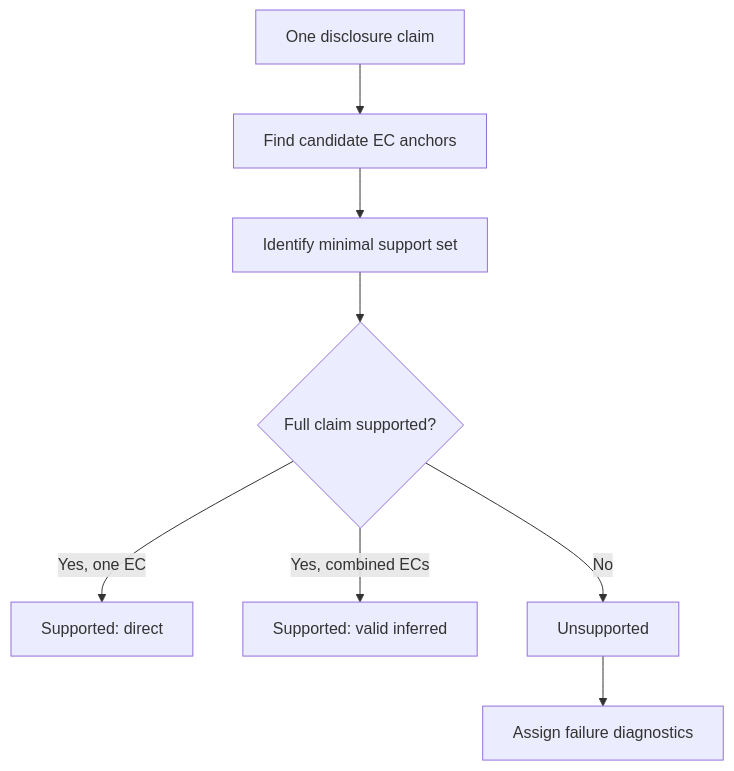
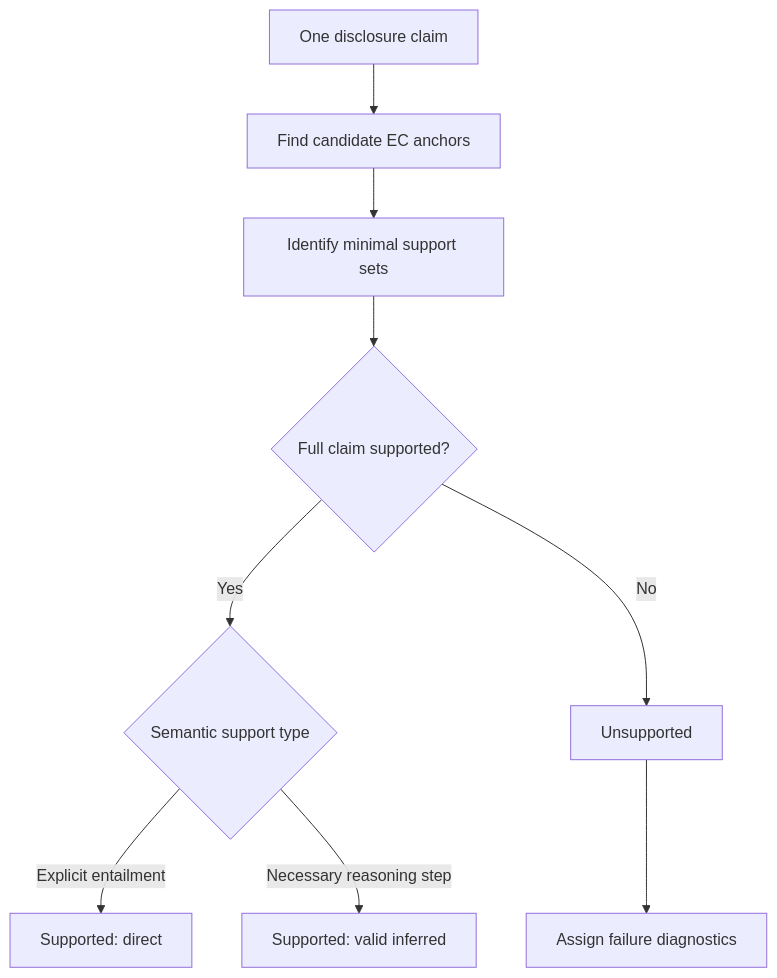
Before and after one commit to OliverW331/BACE: the diagram in docs/generation_evaluation.md, drawn with Mermaid. The commit also changed other lines of this file and 1 other file, not shown here.

````diff
--- a/docs/generation_evaluation.md
+++ b/docs/generation_evaluation.md
@@ -123,10 +125,11 @@
 ```mermaid
 flowchart TD
     A["One disclosure claim"] --> B["Find candidate EC anchors"]
-    B --> C["Identify minimal support set"]
+    B --> C["Identify minimal support sets"]
     C --> D{"Full claim supported?"}
-    D -->|Yes, one EC| E["Supported: direct"]
-    D -->|Yes, combined ECs| F["Supported: valid inferred"]
-    D -->|No| G["Unsupported"]
-    G --> H["Assign failure diagnostics"]
+    D -->|Yes| E{"Semantic support type"}
+    E -->|Explicit entailment| F["Supported: direct"]
+    E -->|Necessary reasoning step| G["Supported: valid inferred"]
+    D -->|No| H["Unsupported"]
+    H --> I["Assign failure diagnostics"]
 ```
````
